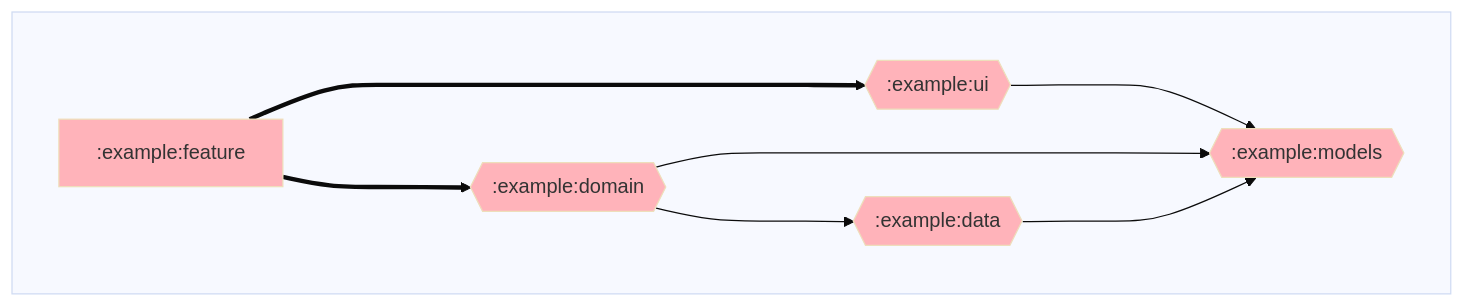
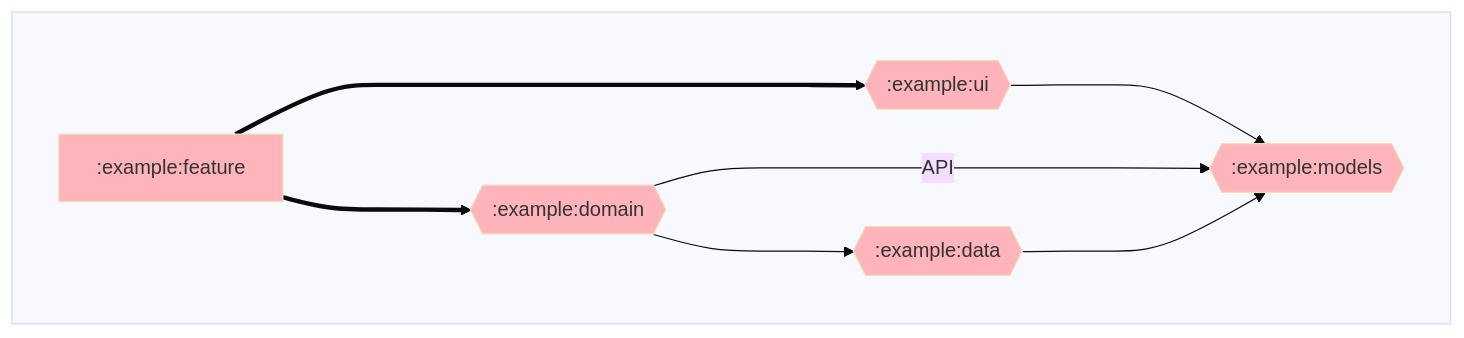
Before and after one commit to adityabhaskar/Gradle-dependency-graphs: the diagram in example/feature/dependency-graph.md, drawn with Mermaid. The commit also changed 4 other files, not shown here.

````diff
--- a/example/feature/dependency-graph.md
+++ b/example/feature/dependency-graph.md
@@ -1,37 +1,37 @@
 ```mermaid
 %%{ init: { 'theme': 'base' } }%%
 graph LR;
 
 %% Styling for module nodes by type
 classDef rootNode stroke-width:4px;
 classDef mppNode fill:#ffd2b3;
 classDef andNode fill:#baffc9;
 classDef javaNode fill:#ffb3ba;
 
 %% Modules
 subgraph  
   direction LR;
   :example:data{{:example:data}}:::javaNode;
   :example:models{{:example:models}}:::javaNode;
   :example:feature[:example:feature]:::javaNode;
   :example:ui{{:example:ui}}:::javaNode;
   :example:domain{{:example:domain}}:::javaNode;
 end
 
 %% Dependencies
 :example:data--->:example:models
 :example:feature===>:example:ui
 :example:feature===>:example:domain
 :example:ui--->:example:models
-:example:domain--->:example:models
+:example:domain--API--->:example:models
 :example:domain--->:example:data
 
 %% Dependents
 
 %% Click interactions
 click :example:data https://github.com/oorjalabs/todotxt-for-android/blob/main/example/data
 click :example:models https://github.com/oorjalabs/todotxt-for-android/blob/main/example/models
 click :example:feature https://github.com/oorjalabs/todotxt-for-android/blob/main/example/feature
 click :example:ui https://github.com/oorjalabs/todotxt-for-android/blob/main/example/ui
 click :example:domain https://github.com/oorjalabs/todotxt-for-android/blob/main/example/domain
 ```
````
